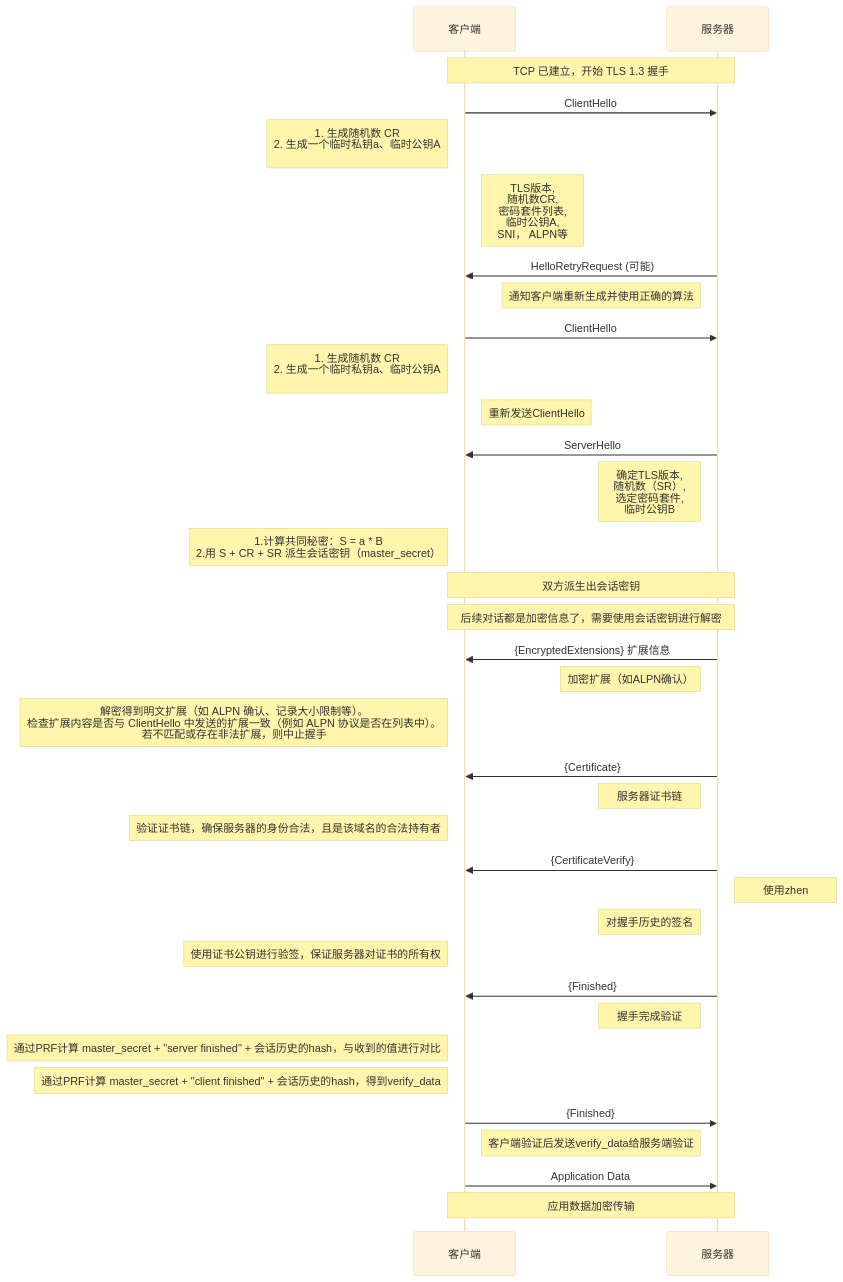
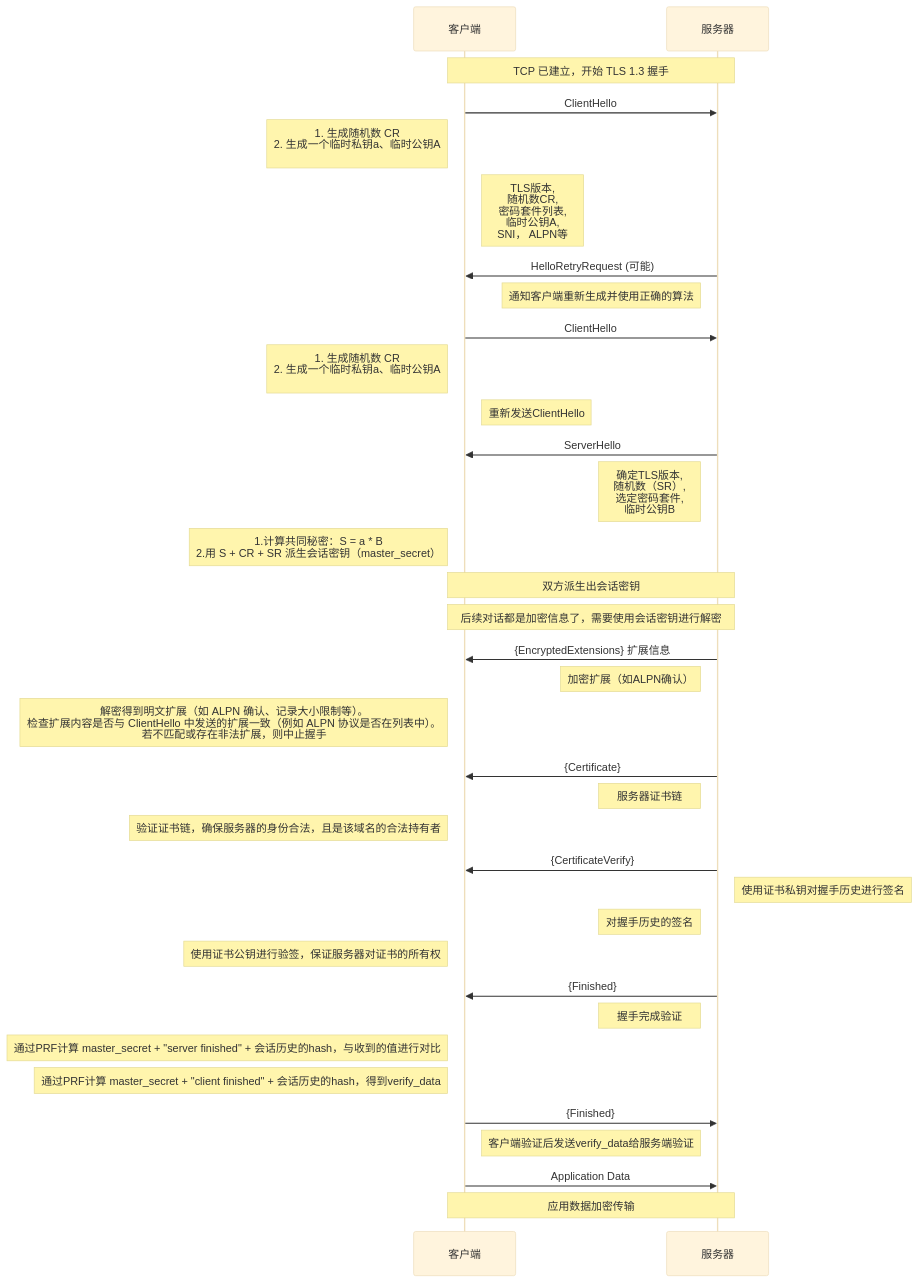
One commit to HY-10-8/iodraw-files changed the diagram in all/TLS-1.3-通用（全）.md. Above: the diagram before and after it, drawn with Mermaid (base theme).

Commit message:
2026-03-31 10:12:32 update

````diff
--- a/all/TLS-1.3-通用（全）.md
+++ b/all/TLS-1.3-通用（全）.md
@@ -1,49 +1,49 @@
 ```mermaid
 sequenceDiagram
     participant C as 客户端
     participant S as 服务器
 
     Note over C,S: TCP 已建立，开始 TLS 1.3 握手
 
     C->>S: ClientHello
     Note left of C: 1. 生成随机数 CR<br/> 2. 生成一个临时私钥a、临时公钥A<br/>
     Note right of C: TLS版本,<br/> 随机数CR,<br/> 密码套件列表,<br/> 临时公钥A,<br/> SNI， ALPN等
 
     S->>C: HelloRetryRequest (可能)
     Note left of S: 通知客户端重新生成并使用正确的算法
 
     C->>S: ClientHello
     Note left of C: 1. 生成随机数 CR<br/> 2. 生成一个临时私钥a、临时公钥A<br/>
     Note right of C: 重新发送ClientHello
 
     S->>C: ServerHello
     Note left of S: 确定TLS版本, <br/>随机数（SR）,<br/> 选定密码套件, <br/>临时公钥B
     Note left of C: 1.计算共同秘密：S = a * B<br/> 2.用 S + CR + SR 派生会话密钥（master_secret）
 
     Note over C,S: 双方派生出会话密钥
     Note over C,S: 后续对话都是加密信息了，需要使用会话密钥进行解密
 
     S->>C: {EncryptedExtensions} 扩展信息
     Note left of S: 加密扩展（如ALPN确认）
     Note left of C: 解密得到明文扩展（如 ALPN 确认、记录大小限制等）。<br/>检查扩展内容是否与 ClientHello 中发送的扩展一致（例如 ALPN 协议是否在列表中）。<br/> 若不匹配或存在非法扩展，则中止握手
 
     S->>C: {Certificate}
     Note left of S: 服务器证书链
     Note left of C: 验证证书链，确保服务器的身份合法，且是该域名的合法持有者
 
     S->>C: {CertificateVerify}
-    Note right of S: 使用zhen
+    Note right of S: 使用证书私钥对握手历史进行签名
     Note left of S: 对握手历史的签名
     Note left of C: 使用证书公钥进行验签，保证服务器对证书的所有权
 
     S->>C: {Finished}
     Note left of S: 握手完成验证
     Note left of C: 通过PRF计算 master_secret + "server finished" + 会话历史的hash，与收到的值进行对比
     Note left of C: 通过PRF计算 master_secret + "client finished" + 会话历史的hash，得到verify_data
 
     C->>S: {Finished}
     Note right of C: 客户端验证后发送verify_data给服务端验证
 
     C->>S: Application Data
     Note over C,S: 应用数据加密传输
 ```
````
